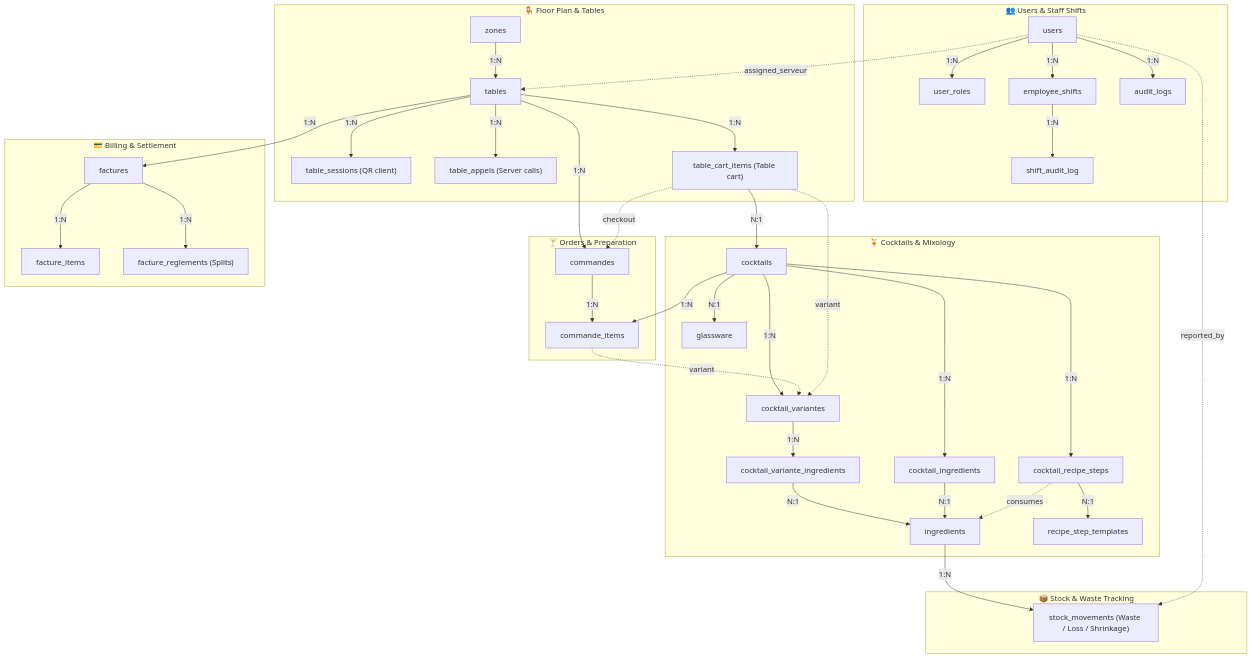
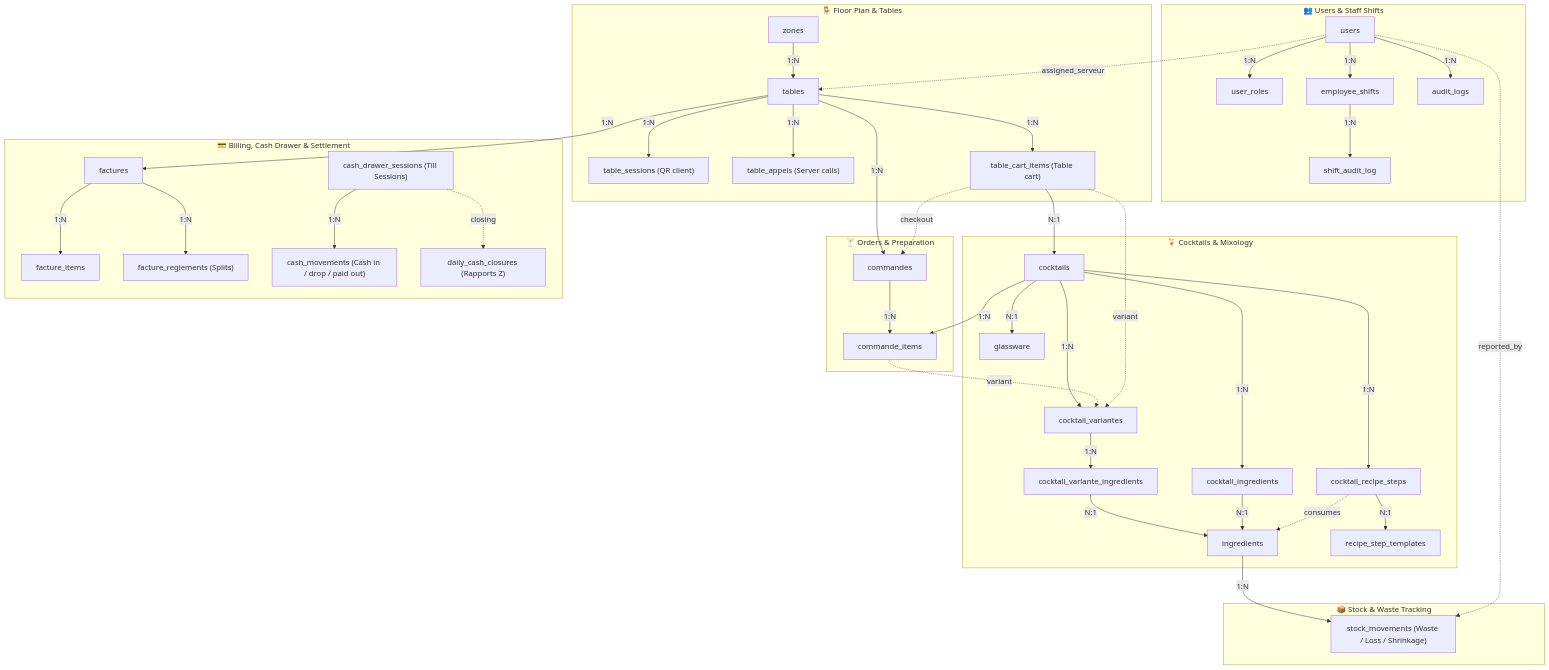
One commit to FunWarry/Open-Bar changed the first of 2 diagrams in .agents/knowledge/architecture.md. Above: the diagram before and after it, drawn with Mermaid. The commit also changed other lines of this file and 2 other files, not shown here.

Commit message:
docs: sync Knowledge Items & test assertions after PR #491 merge

````diff
--- a/.agents/knowledge/architecture.md
+++ b/.agents/knowledge/architecture.md
@@ -106,51 +106,53 @@
 ```mermaid
 flowchart TD
     subgraph UsersDomain ["👥 Users & Staff Shifts"]
         USERS["users"] -->|"1:N"| USER_ROLES["user_roles"]
         USERS -->|"1:N"| EMPLOYEE_SHIFTS["employee_shifts"]
         EMPLOYEE_SHIFTS -->|"1:N"| SHIFT_AUDIT_LOG["shift_audit_log"]
         USERS -->|"1:N"| AUDIT_LOGS["audit_logs"]
     end
 
     subgraph SalleDomain ["🪑 Floor Plan & Tables"]
         ZONES["zones"] -->|"1:N"| TABLES["tables"]
         USERS -.->|"assigned_serveur"| TABLES
         TABLES -->|"1:N"| TABLE_SESSIONS["table_sessions (QR client)"]
         TABLES -->|"1:N"| TABLE_APPELS["table_appels (Server calls)"]
         TABLES -->|"1:N"| TABLE_CART_ITEMS["table_cart_items (Table cart)"]
     end
 
     subgraph CommandesDomain ["🍸 Orders & Preparation"]
         TABLES -->|"1:N"| COMMANDES["commandes"]
         COMMANDES -->|"1:N"| COMMANDE_ITEMS["commande_items"]
         TABLE_CART_ITEMS -.->|"checkout"| COMMANDES
     end
 
     subgraph MixologieDomain ["🍹 Cocktails & Mixology"]
         COCKTAILS["cocktails"] -->|"1:N"| COMMANDE_ITEMS
         COCKTAILS -->|"1:N"| COCKTAIL_VARIANTES["cocktail_variantes"]
         COCKTAILS -->|"1:N"| COCKTAIL_INGREDIENTS["cocktail_ingredients"]
         COCKTAILS -->|"1:N"| COCKTAIL_RECIPE_STEPS["cocktail_recipe_steps"]
         COCKTAILS -->|"N:1"| GLASSWARE["glassware"]
         
         COCKTAIL_VARIANTES -->|"1:N"| COCKTAIL_VARIANTE_INGREDIENTS["cocktail_variante_ingredients"]
         COCKTAIL_VARIANTE_INGREDIENTS -->|"N:1"| INGREDIENTS["ingredients"]
         COCKTAIL_INGREDIENTS -->|"N:1"| INGREDIENTS
         COCKTAIL_RECIPE_STEPS -->|"N:1"| RECIPE_STEP_TEMPLATES["recipe_step_templates"]
         COCKTAIL_RECIPE_STEPS -.->|"consumes"| INGREDIENTS
         COMMANDE_ITEMS -.->|"variant"| COCKTAIL_VARIANTES
         TABLE_CART_ITEMS -->|"N:1"| COCKTAILS
         TABLE_CART_ITEMS -.->|"variant"| COCKTAIL_VARIANTES
     end
 
-    subgraph FacturationDomain ["💳 Billing & Settlement"]
+    subgraph FacturationDomain ["💳 Billing, Cash Drawer & Settlement"]
         TABLES -->|"1:N"| FACTURES["factures"]
         FACTURES -->|"1:N"| FACTURE_ITEMS["facture_items"]
         FACTURES -->|"1:N"| FACTURE_REGLEMENTS["facture_reglements (Splits)"]
+        CASH_DRAWER_SESSIONS["cash_drawer_sessions (Till Sessions)"] -->|"1:N"| CASH_MOVEMENTS["cash_movements (Cash in / drop / paid out)"]
+        CASH_DRAWER_SESSIONS -.->|"closing"| DAILY_CASH_CLOSURES["daily_cash_closures (Rapports Z)"]
     end
 
     subgraph StockDomain ["📦 Stock & Waste Tracking"]
         INGREDIENTS -->|"1:N"| STOCK_MOVEMENTS["stock_movements (Waste / Loss / Shrinkage)"]
         USERS -.->|"reported_by"| STOCK_MOVEMENTS
     end
 ```
````
